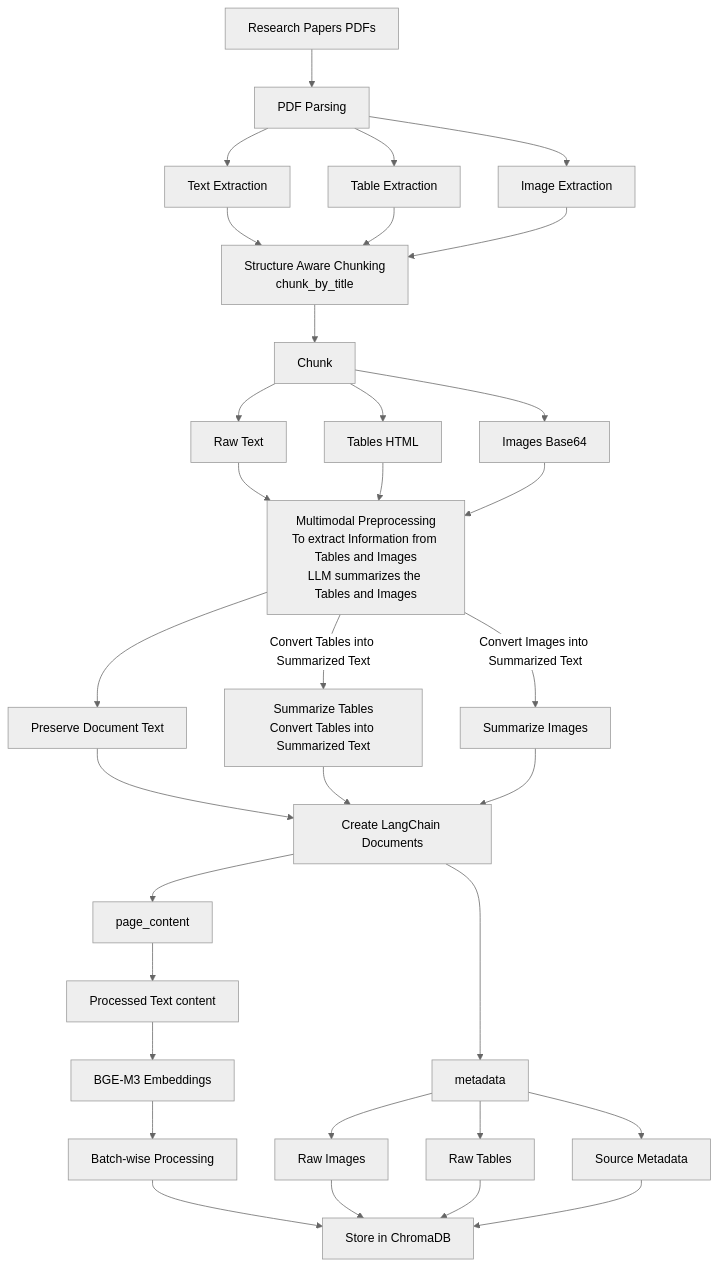
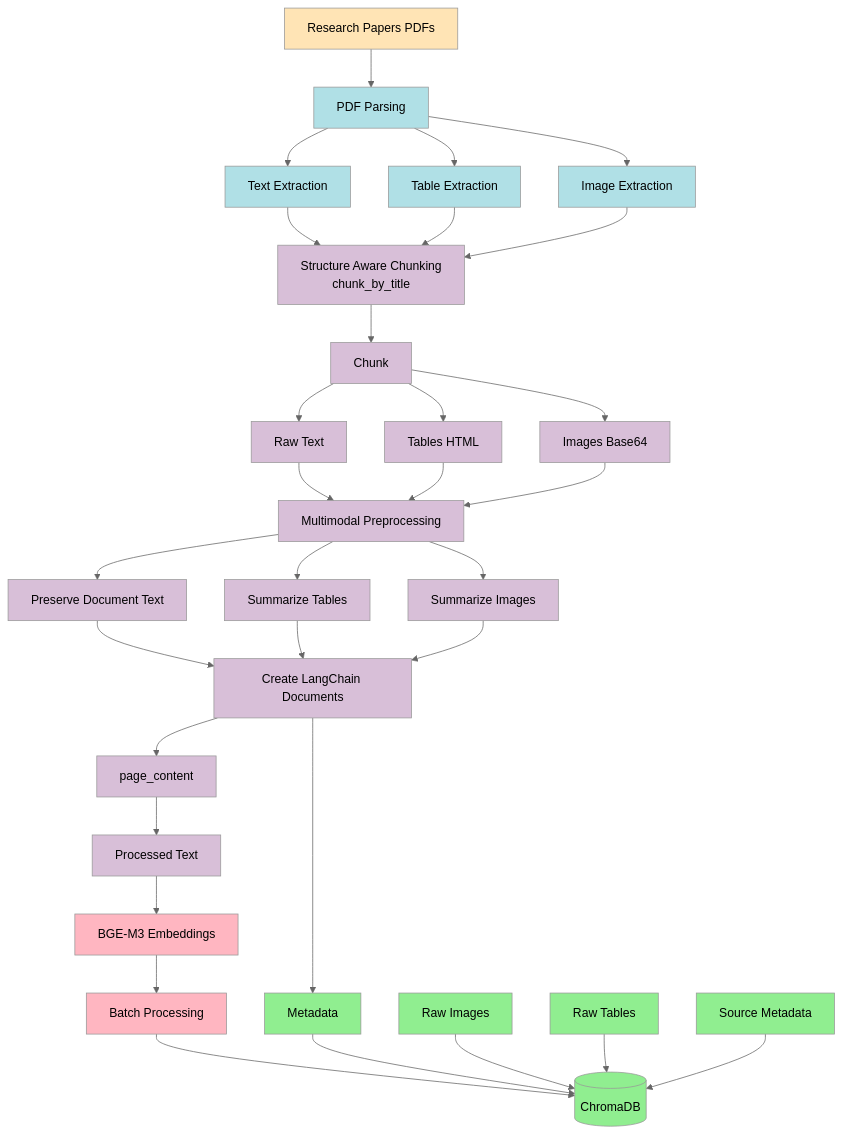
One commit to risvanthkm/spider_ml_task1 changed the first of 2 diagrams in applied_ml_domain/chatbot_code/README.md. Above: the diagram before and after it, drawn with Mermaid (neutral theme). The commit also changed other lines of this file and 1 other file, not shown here.

Commit message:
readme updates

````diff
--- a/applied_ml_domain/chatbot_code/README.md
+++ b/applied_ml_domain/chatbot_code/README.md
@@ -38,51 +38,61 @@
 ```mermaid
 flowchart TD
 
 A[Research Papers PDFs] --> B[PDF Parsing]
 
 B --> C1[Text Extraction]
 B --> C2[Table Extraction]
 B --> C3[Image Extraction]
 
 C1 --> D[Structure Aware Chunking<br/>chunk_by_title]
 C2 --> D
 C3 --> D
 
-D --> E[ Chunk ]
+D --> E[Chunk]
 
 E --> F1[Raw Text]
 E --> F2[Tables HTML]
 E --> F3[Images Base64]
 
-F1 --> G[Multimodal Preprocessing<br/>To extract Information from Tables and Images<br/>LLM summarizes the Tables and Images]
+F1 --> G[Multimodal Preprocessing]
 F2 --> G
 F3 --> G
 
 G --> H1[Preserve Document Text]
-G -->|Convert Tables into Summarized Text| H2[Summarize Tables<br/>Convert Tables into Summarized Text]
-G -->|Convert Images into Summarized Text| H3[Summarize Images]
+G --> H2[Summarize Tables]
+G --> H3[Summarize Images]
 
 H1 --> I[Create LangChain Documents]
 H2 --> I
 H3 --> I
 
+I --> J[Metadata]
+I --> S[page_content]
 
-J --> R1[Raw Images]
-J --> R2[Raw Tables]
-J --> R3[Source Metadata]
+S --> W[Processed Text]
 
 W --> K[BGE-M3 Embeddings]
 
-I --> J[metadata]
-I --> S[page_content] -->W[Processed Text content]
+K --> L[Batch Processing]
 
-K --> L[Batch-wise Processing]
+L --> M[(ChromaDB)]
 
-L --> M[Store in ChromaDB]
+J --> M
 
-R1 --> M[Store in ChromaDB]
-R2 --> M[Store in ChromaDB]
-R3 --> M[Store in ChromaDB]
+R1[Raw Images] --> M
+R2[Raw Tables] --> M
+R3[Source Metadata] --> M
 
 
+classDef source fill:#FFE4B5
+classDef extract fill:#B0E0E6
+classDef process fill:#D8BFD8
+classDef storage fill:#90EE90
+classDef embed fill:#FFB6C1
+
+class A source
+class B,C1,C2,C3 extract
+class D,E,F1,F2,F3,G,H1,H2,H3,I,S,W process
+class K,L embed
+class M,R1,R2,R3,J storage
 ```
````
